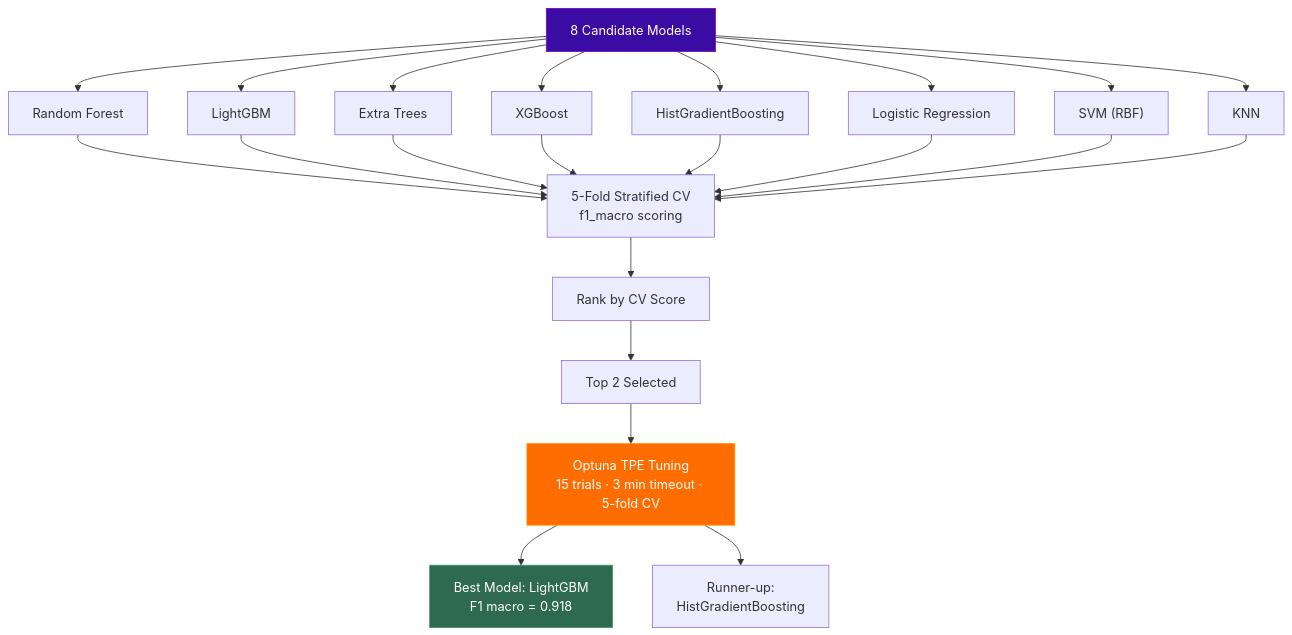
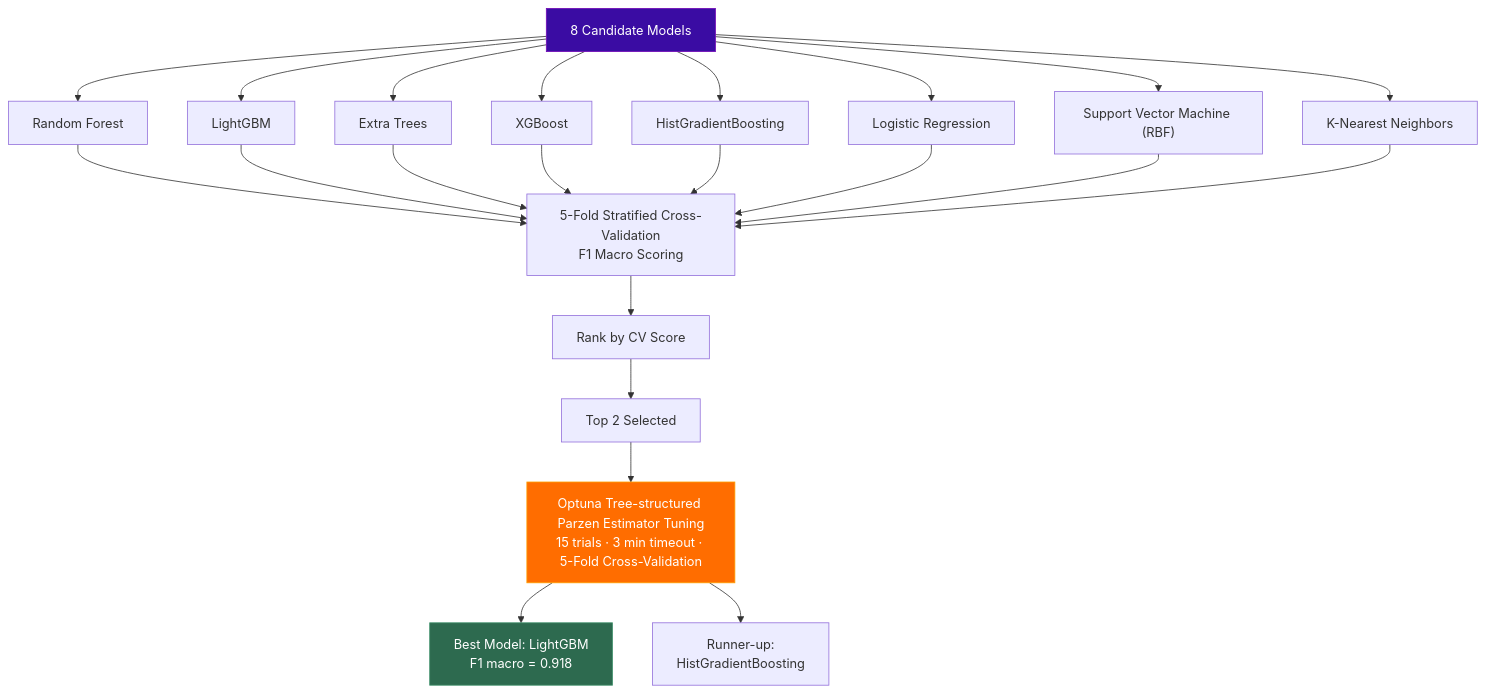
Before and after one commit to VICKYPATIL2525/Mindspace-ml-pipeline-text-to-mentel-health-class: the fourth of 7 diagrams in PIPELINE_FLOW_CLEAN.md, drawn with Mermaid. The commit also changed other lines of this file, not shown here.

Commit message:
Flow update

````diff
--- a/PIPELINE_FLOW_CLEAN.md
+++ b/PIPELINE_FLOW_CLEAN.md
@@ -161,29 +161,29 @@
 ```mermaid
 flowchart TD
     POOL["8 Candidate Models"]
     RF["Random Forest"]
     LGB["LightGBM"]
     ET["Extra Trees"]
     XGB["XGBoost"]
     HGB["HistGradientBoosting"]
     LR["Logistic Regression"]
-    SVM["SVM (RBF)"]
-    KNN["KNN"]
-    CV["5-Fold Stratified CV\nf1_macro scoring"]
+    SVM["Support Vector Machine (RBF)"]
+    KNN["K-Nearest Neighbors"]
+    CV["5-Fold Stratified Cross-Validation\nF1 Macro Scoring"]
     RANK["Rank by CV Score"]
     TOP2["Top 2 Selected"]
-    OPTUNA["Optuna TPE Tuning\n15 trials · 3 min timeout · 5-fold CV"]
+    OPTUNA["Optuna Tree-structured Parzen Estimator Tuning\n15 trials · 3 min timeout · 5-Fold Cross-Validation"]
     BEST["Best Model: LightGBM\nF1 macro = 0.918"]
     RUNNER["Runner-up:\nHistGradientBoosting"]
 
     POOL --> RF & LGB & ET & XGB & HGB & LR & SVM & KNN
     RF & LGB & ET & XGB & HGB & LR & SVM & KNN --> CV
     CV --> RANK --> TOP2
     TOP2 --> OPTUNA
     OPTUNA --> BEST
     OPTUNA --> RUNNER
 
     style BEST fill:#2d6a4f,stroke:#40916c,color:#fff
     style OPTUNA fill:#ff6d00,stroke:#ff9e00,color:#fff
     style POOL fill:#3a0ca3,stroke:#7209b7,color:#fff
 ```
````
